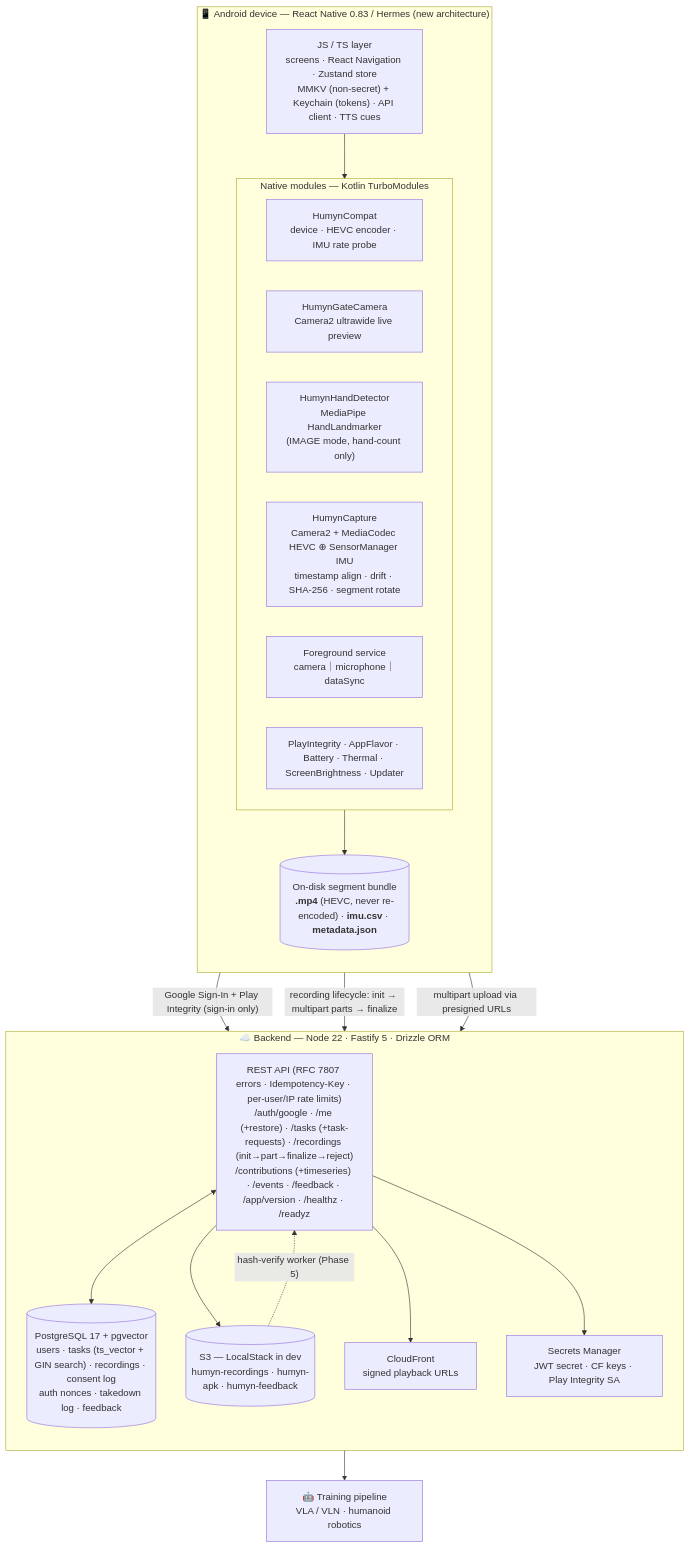
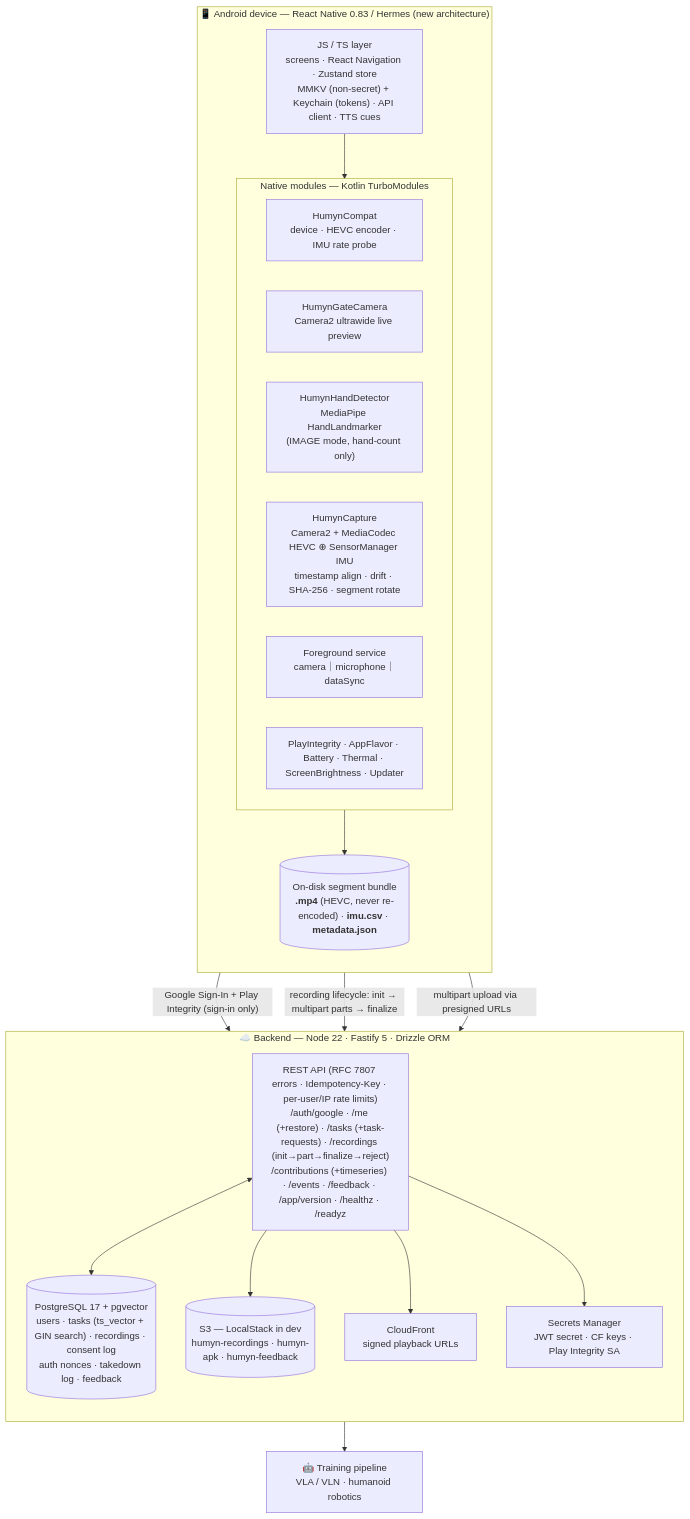
Before and after one commit to adnaanmhd/hl-homelander: the diagram in README.md, drawn with Mermaid. The commit also changed other lines of this file and 160 other files, not shown here.

````diff
--- a/README.md
+++ b/README.md
@@ -31,40 +31,39 @@
 ```mermaid
 flowchart TB
     subgraph device["📱 Android device — React Native 0.83 / Hermes (new architecture)"]
         direction TB
         ui["JS / TS layer<br/>screens · React Navigation · Zustand store<br/>MMKV (non-secret) + Keychain (tokens) · API client · TTS cues"]
         subgraph native["Native modules — Kotlin TurboModules"]
             direction LR
             compat["HumynCompat<br/>device · HEVC encoder · IMU rate probe"]
             gatecam["HumynGateCamera<br/>Camera2 ultrawide live preview"]
             hand["HumynHandDetector<br/>MediaPipe HandLandmarker<br/>(IMAGE mode, hand-count only)"]
             capture["HumynCapture<br/>Camera2 + MediaCodec HEVC ⊕ SensorManager IMU<br/>timestamp align · drift · SHA-256 · segment rotate"]
             fgs["Foreground service<br/>camera｜microphone｜dataSync"]
             integ["PlayIntegrity · AppFlavor · Battery · Thermal · ScreenBrightness · Updater"]
         end
         bundle[("On-disk segment bundle<br/><b>.mp4</b> (HEVC, never re-encoded) · <b>imu.csv</b> · <b>metadata.json</b>")]
     end
 
     subgraph backend["☁️ Backend — Node 22 · Fastify 5 · Drizzle ORM"]
         direction TB
         api["REST API (RFC 7807 errors · Idempotency-Key · per-user/IP rate limits)<br/>/auth/google · /me (+restore) · /tasks (+task-requests) · /recordings (init→part→finalize→reject)<br/>/contributions (+timeseries) · /events · /feedback · /app/version · /healthz · /readyz"]
         pg[("PostgreSQL 17 + pgvector<br/>users · tasks (ts_vector + GIN search) · recordings · consent log<br/>auth nonces · takedown log · feedback")]
         s3[("S3 — LocalStack in dev<br/>humyn-recordings · humyn-apk · humyn-feedback")]
         cf["CloudFront<br/>signed playback URLs"]
         secrets["Secrets Manager<br/>JWT secret · CF keys · Play Integrity SA"]
     end
 
     train["🤖 Training pipeline<br/>VLA / VLN · humanoid robotics"]
 
     ui --> native
     capture --> bundle
     ui -- "Google Sign-In + Play Integrity (sign-in only)" --> api
     ui -- "recording lifecycle: init → multipart parts → finalize" --> api
     bundle -- "multipart upload via presigned URLs" --> s3
     api <--> pg
     api --> s3
     api --> cf
     api --> secrets
     s3 --> train
-    s3 -. "hash-verify worker (Phase 5)" .-> api
 ```
````
